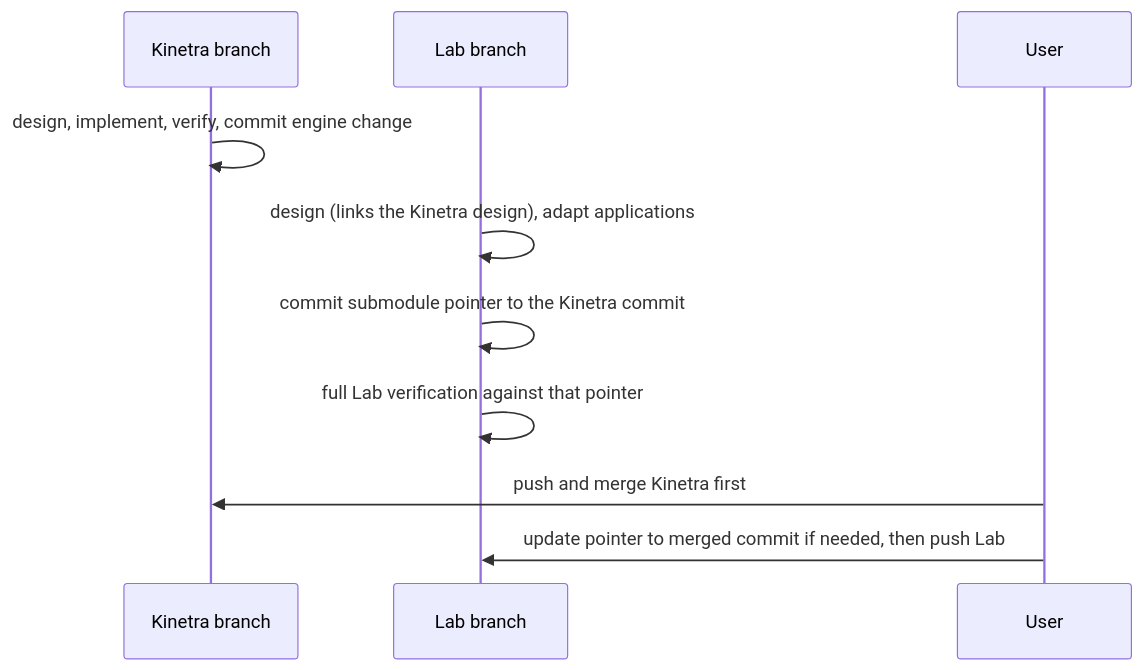
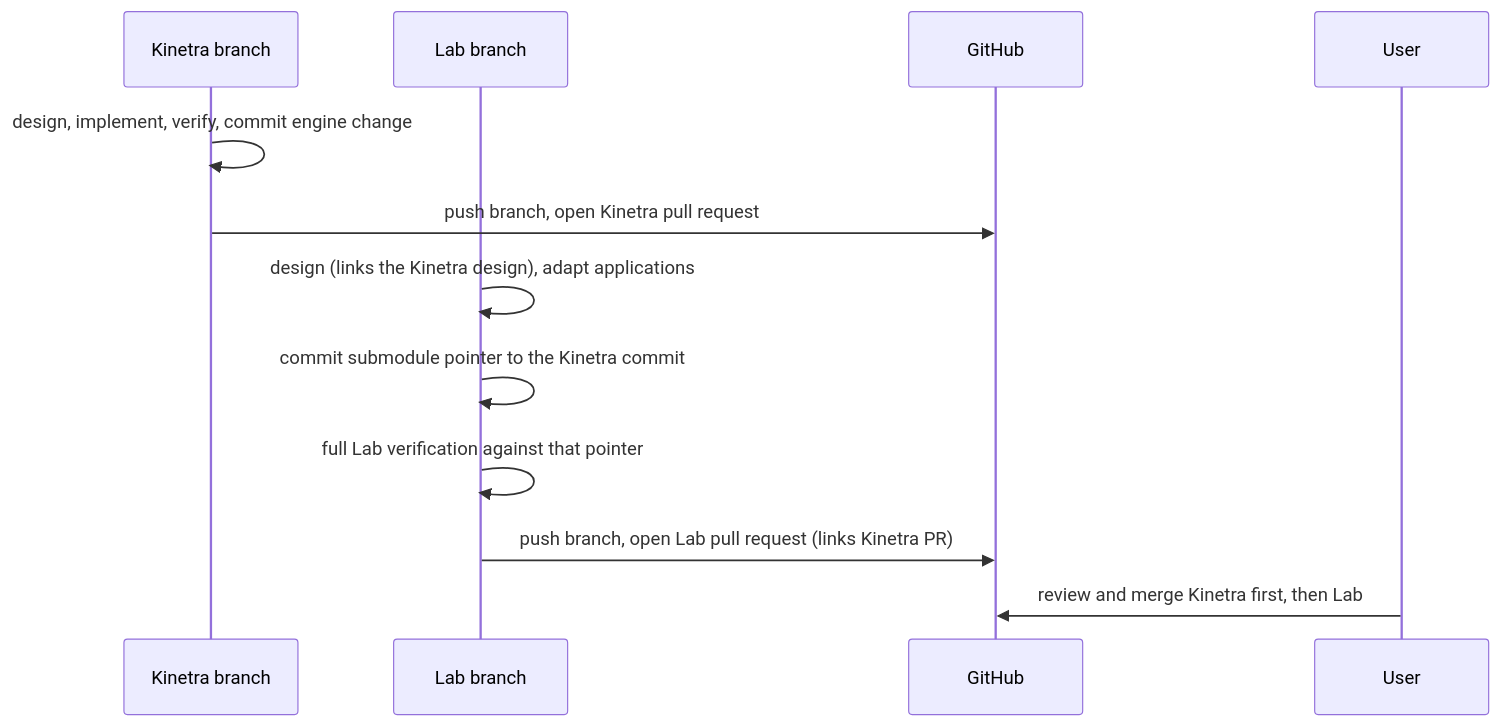
Before and after one commit to SMB-M87/Kinetra: the second of 2 diagrams in docs/workflow.md, drawn with Mermaid. The commit also changed other lines of this file and 5 other files, not shown here.

First line of the commit message:
docs: let agents push feature branches and open pull requests

````diff
--- a/docs/workflow.md
+++ b/docs/workflow.md
@@ -115,12 +132,14 @@
 ```mermaid
 sequenceDiagram
     participant K as Kinetra branch
     participant L as Lab branch
+    participant G as GitHub
     participant U as User
     K->>K: design, implement, verify, commit engine change
+    K->>G: push branch, open Kinetra pull request
     L->>L: design (links the Kinetra design), adapt applications
     L->>L: commit submodule pointer to the Kinetra commit
     L->>L: full Lab verification against that pointer
-    U->>K: push and merge Kinetra first
-    U->>L: update pointer to merged commit if needed, then push Lab
+    L->>G: push branch, open Lab pull request (links Kinetra PR)
+    U->>G: review and merge Kinetra first, then Lab
 ```
````
